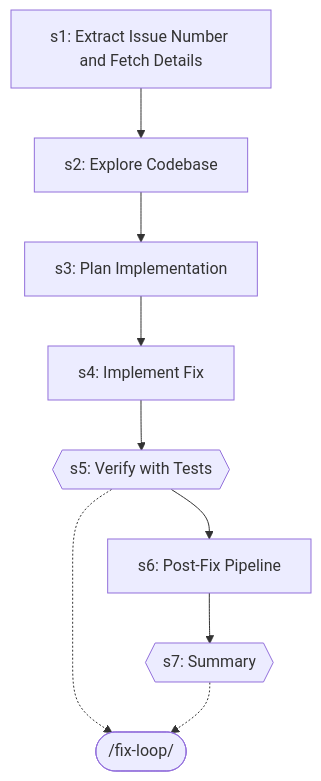
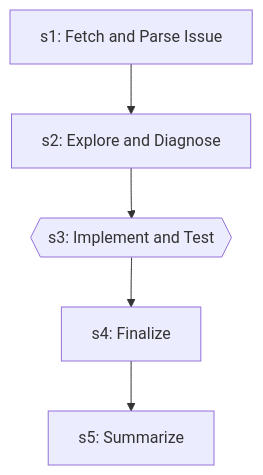
One commit to abhayla/claude-best-practices changed the eighth of 22 diagrams in docs/workflows/skill-authoring.md. Above: the diagram before and after it, drawn with Mermaid. The commit also changed other lines of this file and 12 other files, not shown here.

````diff
--- a/docs/workflows/skill-authoring.md
+++ b/docs/workflows/skill-authoring.md
@@ -664,20 +657,12 @@
 ```mermaid
 graph TD
-    s1["s1: Extract Issue Number and Fetch Details"]
-    s2["s2: Explore Codebase"]
+    s1["s1: Fetch and Parse Issue"]
+    s2["s2: Explore and Diagnose"]
     s1 --> s2
-    s3["s3: Plan Implementation"]
+    s3{{s3: Implement and Test}}
     s2 --> s3
-    s4["s4: Implement Fix"]
+    s4["s4: Finalize"]
     s3 --> s4
-    s5{{s5: Verify with Tests}}
+    s5["s5: Summarize"]
     s4 --> s5
-    fix_loop_ext([/fix-loop/])
-    s5 -.-> fix_loop_ext
-    s6["s6: Post-Fix Pipeline"]
-    s5 --> s6
-    s7{{s7: Summary}}
-    s6 --> s7
-    fix_loop_ext([/fix-loop/])
-    s7 -.-> fix_loop_ext
 ```
````
